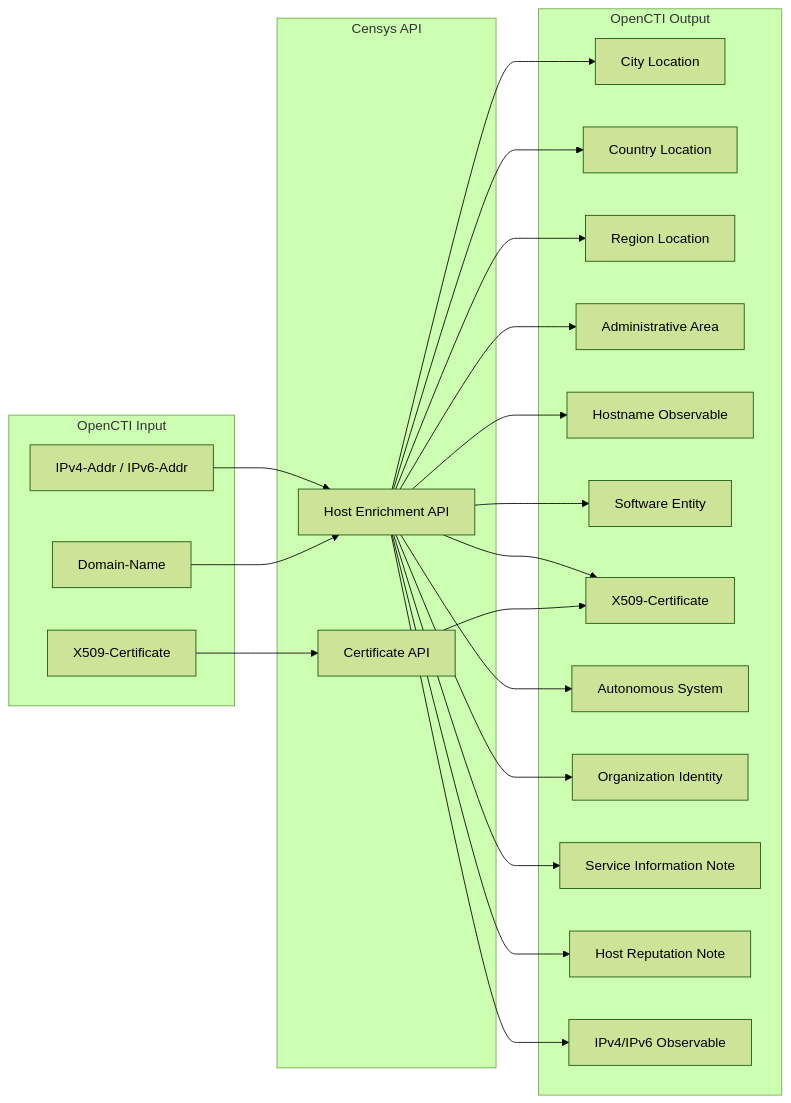
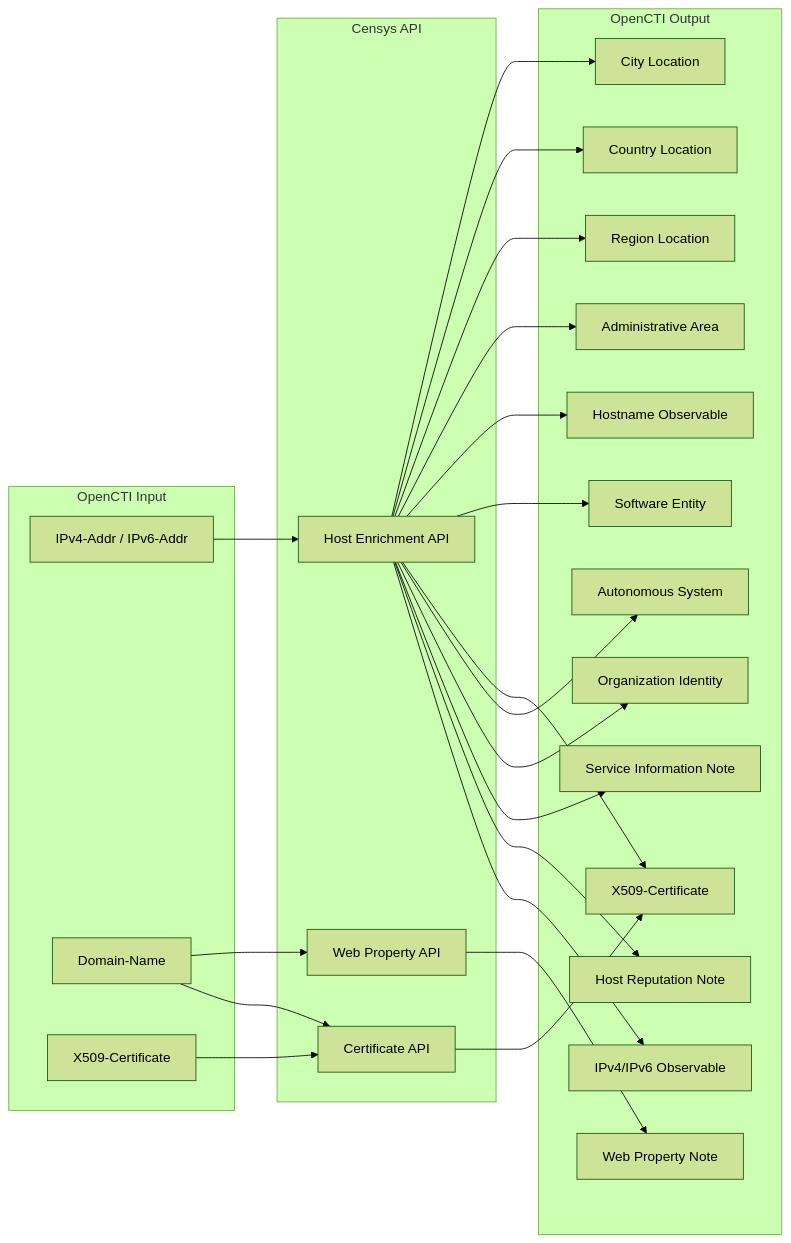
The diagram in internal-enrichment/censys-enrichmentapis/README.md (OpenCTI-Platform/connectors), drawn with Mermaid (forest theme) before and after one commit. The commit also changed other lines of this file and 5 other files, not shown here.

First line of the commit message:
feat: enrich domains via web property API instead of host search

````diff
--- a/internal-enrichment/censys-enrichmentapis/README.md
+++ b/internal-enrichment/censys-enrichmentapis/README.md
@@ -174,45 +174,49 @@
 ```mermaid
 graph LR
     subgraph OpenCTI Input
         IP[IPv4-Addr / IPv6-Addr]
         Domain[Domain-Name]
         Cert[X509-Certificate]
     end
 
     subgraph Censys API
         hostEnrichmentAPI[Host Enrichment API]
+        WebPropertyAPI[Web Property API]
         CertAPI[Certificate API]
     end
 
     subgraph OpenCTI Output
         City[City Location]
         Country[Country Location]
         Region[Region Location]
         AdminArea[Administrative Area]
         Hostname[Hostname Observable]
         Software[Software Entity]
         Certificate[X509-Certificate]
         AS[Autonomous System]
         Org[Organization Identity]
         ServiceNote[Service Information Note]
         ReputationNote[Host Reputation Note]
+        WebPropertyNote[Web Property Note]
         IPOut[IPv4/IPv6 Observable]
     end
 
     IP --> hostEnrichmentAPI
-    Domain --> hostEnrichmentAPI
+    Domain --> WebPropertyAPI
+    Domain --> CertAPI
     Cert --> CertAPI
     hostEnrichmentAPI --> City
     hostEnrichmentAPI --> Country
     hostEnrichmentAPI --> Region
     hostEnrichmentAPI --> AdminArea
     hostEnrichmentAPI --> Hostname
     hostEnrichmentAPI --> Software
     hostEnrichmentAPI --> Certificate
     hostEnrichmentAPI --> AS
     hostEnrichmentAPI --> Org
     hostEnrichmentAPI --> ServiceNote
     hostEnrichmentAPI --> ReputationNote
     hostEnrichmentAPI --> IPOut
+    WebPropertyAPI --> WebPropertyNote
     CertAPI --> Certificate
 ```
````
